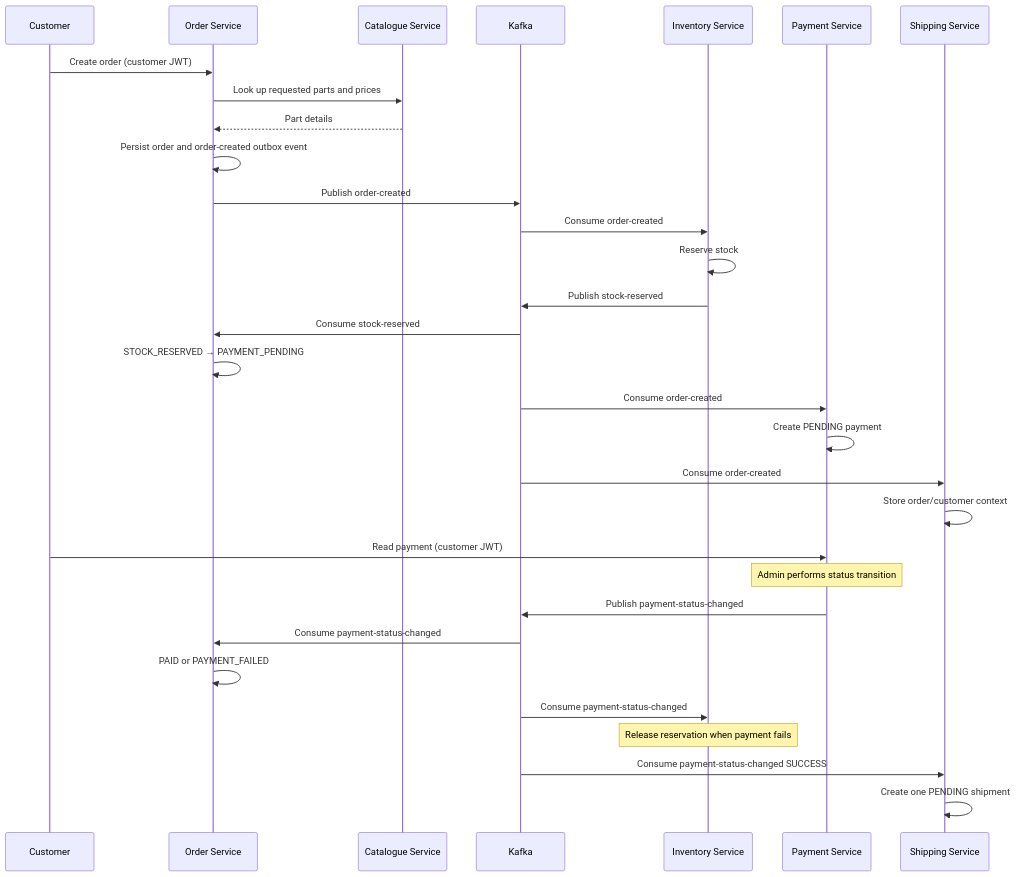
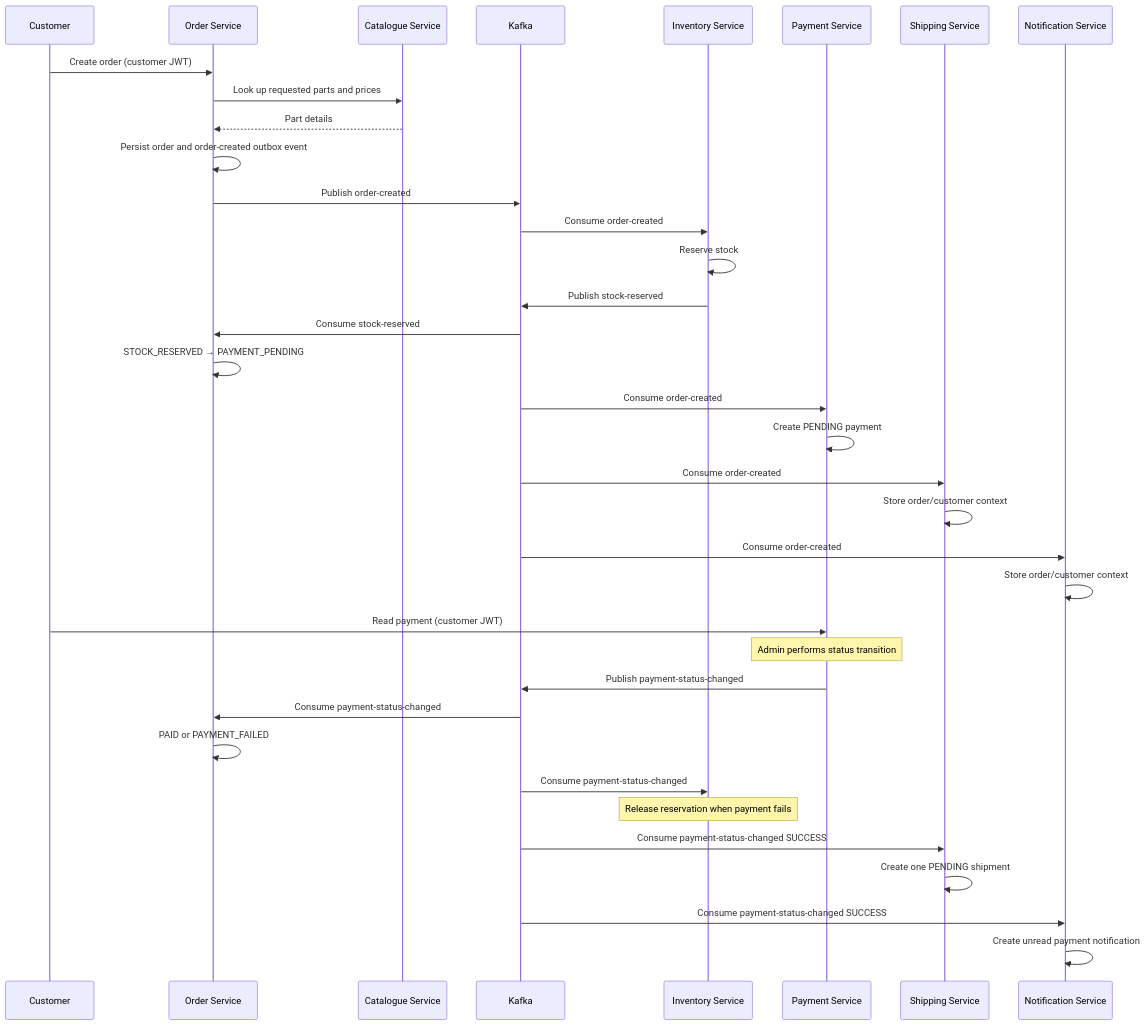
One commit to tadiwanashe-mashongwa/sparelink-platform changed the first of 7 diagrams in docs/architecture.md. Above: the diagram before and after it, drawn with Mermaid. The commit also changed other lines of this file and 4 other files, not shown here.

Commit message:
feat: integrate notification service into platform

````diff
--- a/docs/architecture.md
+++ b/docs/architecture.md
@@ -5,34 +5,39 @@
 ```mermaid
 sequenceDiagram
     participant Customer
     participant Order as Order Service
     participant Catalogue as Catalogue Service
     participant Kafka
     participant Inventory as Inventory Service
     participant Payment as Payment Service
     participant Shipping as Shipping Service
+    participant Notification as Notification Service
 
     Customer->>Order: Create order (customer JWT)
     Order->>Catalogue: Look up requested parts and prices
     Catalogue-->>Order: Part details
     Order->>Order: Persist order and order-created outbox event
     Order->>Kafka: Publish order-created
     Kafka->>Inventory: Consume order-created
     Inventory->>Inventory: Reserve stock
     Inventory->>Kafka: Publish stock-reserved
     Kafka->>Order: Consume stock-reserved
     Order->>Order: STOCK_RESERVED → PAYMENT_PENDING
     Kafka->>Payment: Consume order-created
     Payment->>Payment: Create PENDING payment
     Kafka->>Shipping: Consume order-created
     Shipping->>Shipping: Store order/customer context
+    Kafka->>Notification: Consume order-created
+    Notification->>Notification: Store order/customer context
     Customer->>Payment: Read payment (customer JWT)
     Note over Payment: Admin performs status transition
     Payment->>Kafka: Publish payment-status-changed
     Kafka->>Order: Consume payment-status-changed
     Order->>Order: PAID or PAYMENT_FAILED
     Kafka->>Inventory: Consume payment-status-changed
     Note over Inventory: Release reservation when payment fails
     Kafka->>Shipping: Consume payment-status-changed SUCCESS
     Shipping->>Shipping: Create one PENDING shipment
+    Kafka->>Notification: Consume payment-status-changed SUCCESS
+    Notification->>Notification: Create unread payment notification
 ```
````
